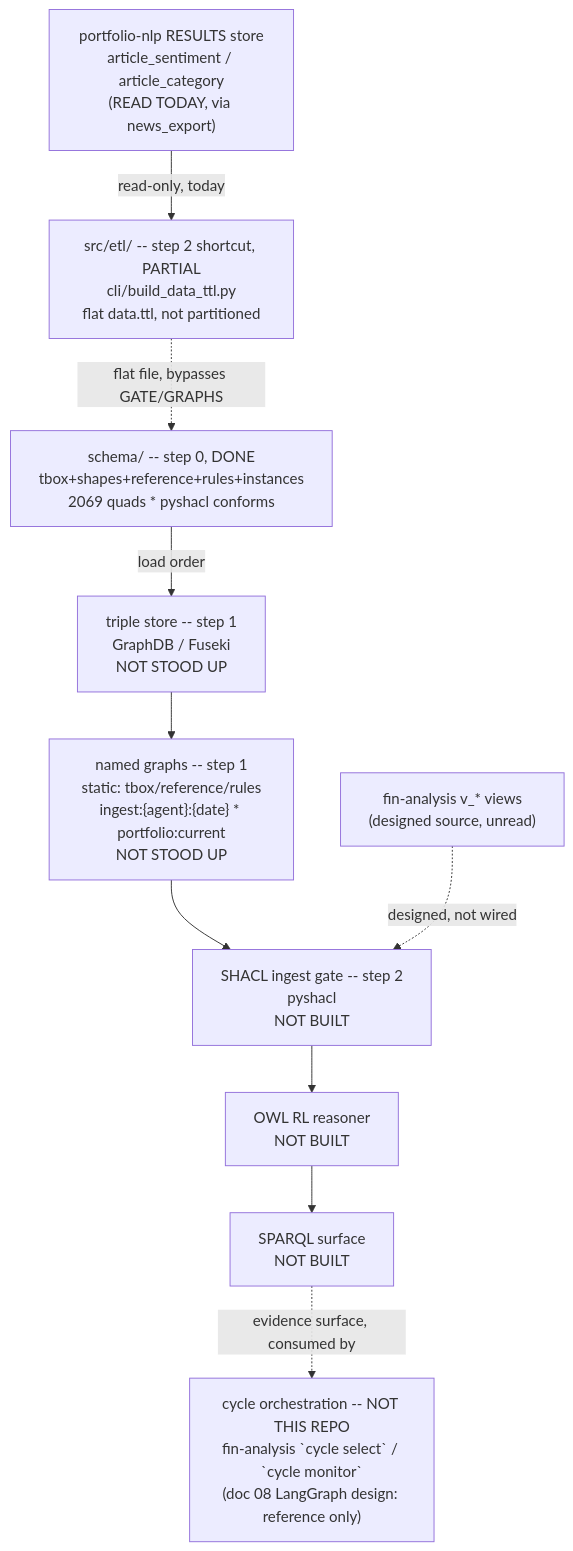
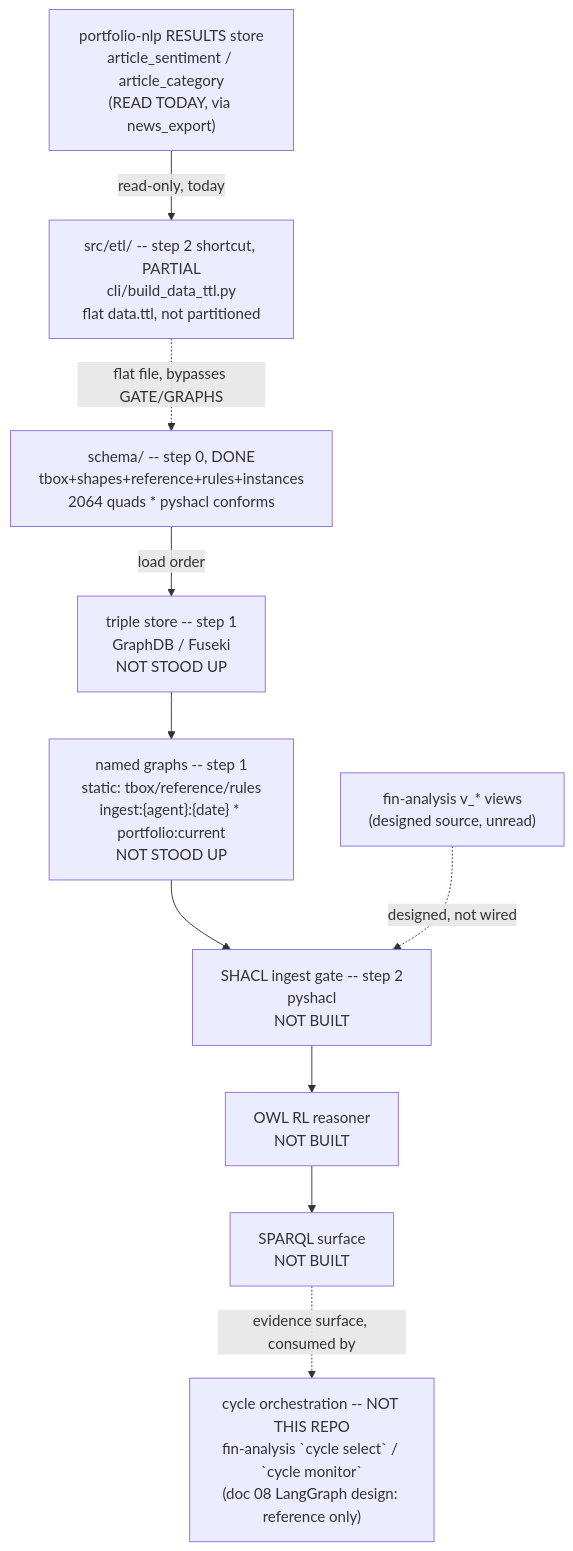
Before and after one commit to gamug/portfolio-knowledge-graph: the diagram in .specify/memory/SPEC.md, drawn with Mermaid. The commit also changed other lines of this file and 6 other files, not shown here.

Commit message:
fix(schema): address PR #39 verdict — run provenance on stints records the opening run; drop runAsOf from cycle examples

````diff
--- a/.specify/memory/SPEC.md
+++ b/.specify/memory/SPEC.md
@@ -298,20 +298,20 @@
 ```mermaid
 flowchart TB
-    SCHEMA["schema/ -- step 0, DONE<br/>tbox+shapes+reference+rules+instances<br/>2069 quads * pyshacl conforms"]
+    SCHEMA["schema/ -- step 0, DONE<br/>tbox+shapes+reference+rules+instances<br/>2064 quads * pyshacl conforms"]
     STORE["triple store -- step 1<br/>GraphDB / Fuseki<br/>NOT STOOD UP"]
     GRAPHS["named graphs -- step 1<br/>static: tbox/reference/rules<br/>ingest:{agent}:{date} * portfolio:current<br/>NOT STOOD UP"]
     GATE["SHACL ingest gate -- step 2<br/>pyshacl<br/>NOT BUILT"]
     FIN["fin-analysis v_* views<br/>(designed source, unread)"]
     NLPRES["portfolio-nlp RESULTS store<br/>article_sentiment / article_category<br/>(READ TODAY, via news_export)"]
     ETL["src/etl/ -- step 2 shortcut, PARTIAL<br/>cli/build_data_ttl.py<br/>flat data.ttl, not partitioned"]
     REASON["OWL RL reasoner<br/>NOT BUILT"]
     SPARQL["SPARQL surface<br/>NOT BUILT"]
     AGENTS["cycle orchestration -- NOT THIS REPO<br/>fin-analysis `cycle select` / `cycle monitor`<br/>(doc 08 LangGraph design: reference only)"]
 
     SCHEMA -->|load order| STORE --> GRAPHS --> GATE
     FIN -.->|designed, not wired| GATE
     NLPRES -->|read-only, today| ETL
     ETL -.->|flat file, bypasses GATE/GRAPHS| SCHEMA
     GATE --> REASON --> SPARQL
     SPARQL -.->|evidence surface, consumed by| AGENTS
 ```
````
